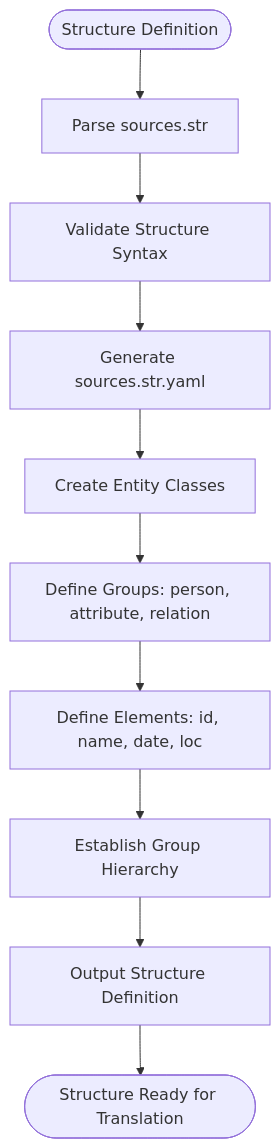
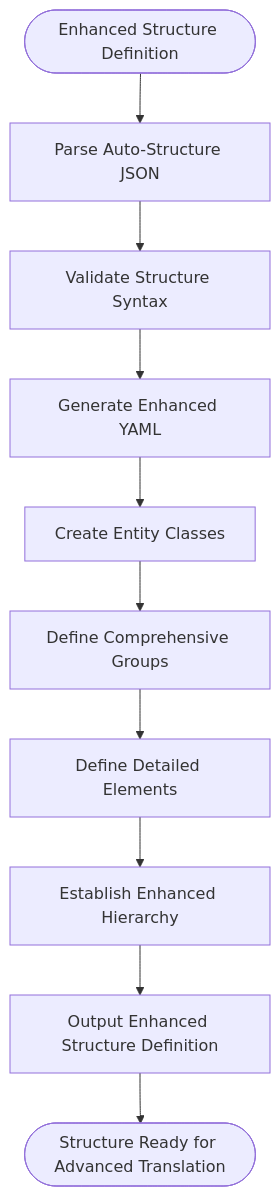
Before and after one commit to joaquimrcarvalho/dehergne-locations: the sixth of 8 diagrams in .qoder/repowiki/en/content/Processing Pipeline/Kleio Processing Workflow.md, drawn with Mermaid. The commit also changed other lines of this file and 8 other files, not shown here.

````diff
--- a/.qoder/repowiki/en/content/Processing Pipeline/Kleio Processing Workflow.md
+++ b/.qoder/repowiki/en/content/Processing Pipeline/Kleio Processing Workflow.md
@@ -189,12 +263,12 @@
 ```mermaid
 flowchart TD
-Start([Structure Definition]) --> ParseSTR["Parse sources.str"]
-ParseSTR --> ValidateSyntax["Validate Structure Syntax"]
-ValidateSyntax --> GenerateYAML["Generate sources.str.yaml"]
+Start([Enhanced Structure Definition]) --> ParseAutoJSON["Parse Auto-Structure JSON"]
+ParseAutoJSON --> ValidateSyntax["Validate Structure Syntax"]
+ValidateSyntax --> GenerateYAML["Generate Enhanced YAML"]
 GenerateYAML --> CreateClasses["Create Entity Classes"]
-CreateClasses --> DefineGroups["Define Groups: person, attribute, relation"]
-DefineGroups --> DefineElements["Define Elements: id, name, date, loc"]
-DefineElements --> EstablishHierarchy["Establish Group Hierarchy"]
-EstablishHierarchy --> OutputStructure["Output Structure Definition"]
-OutputStructure --> End([Structure Ready for Translation])
+CreateClasses --> DefineGroups["Define Comprehensive Groups"]
+DefineGroups --> DefineElements["Define Detailed Elements"]
+DefineElements --> EstablishHierarchy["Establish Enhanced Hierarchy"]
+EstablishHierarchy --> OutputStructure["Output Enhanced Structure Definition"]
+OutputStructure --> End([Structure Ready for Advanced Translation])
 ```
````
